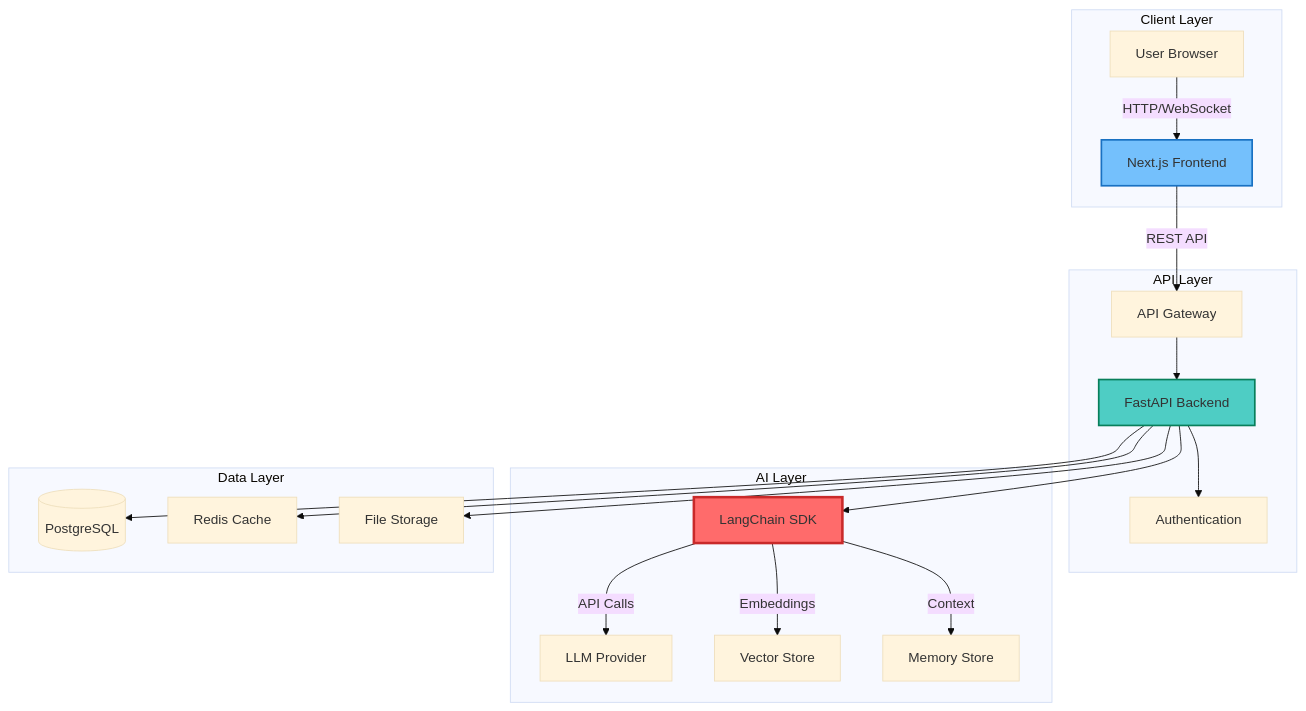
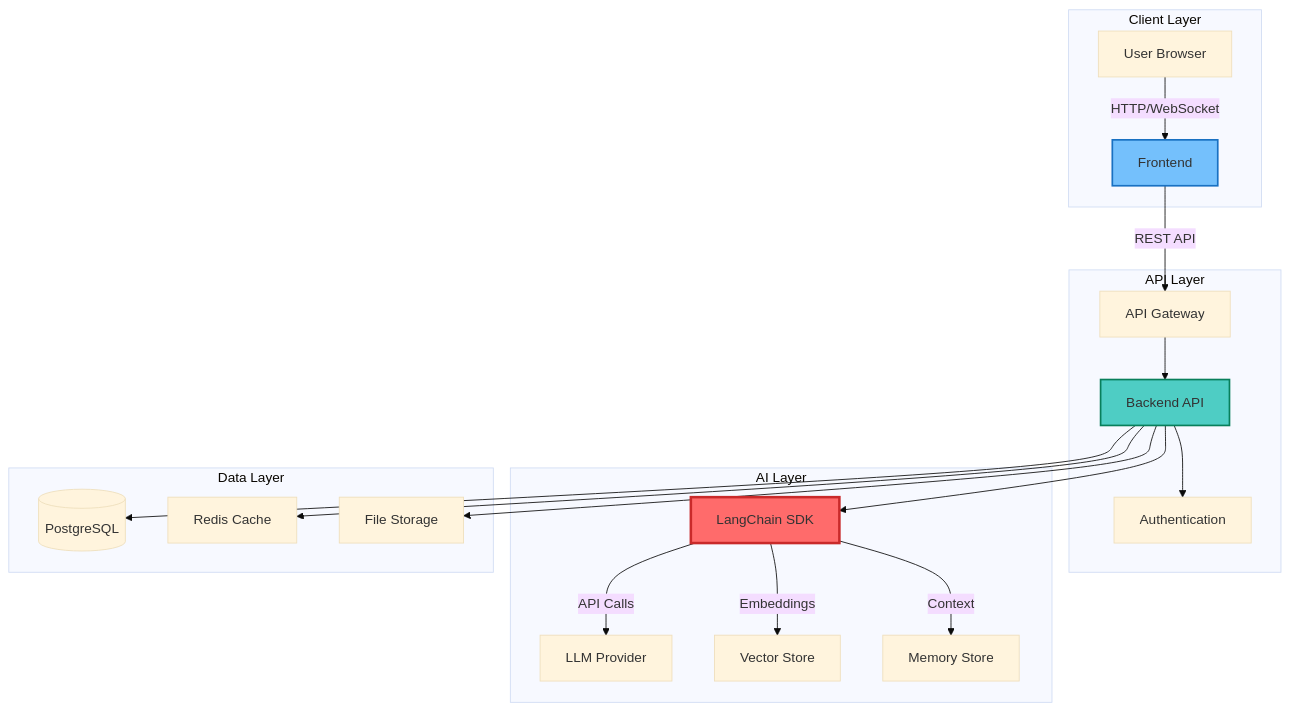
Before and after one commit to mk-knight23/AI-SDK-LANGCHAIN: the diagram in README.md, drawn with Mermaid (base theme). The commit also changed other lines of this file, not shown here.

````diff
--- a/README.md
+++ b/README.md
@@ -332,42 +321,42 @@
 ```mermaid
 graph TB
     subgraph "Client Layer"
         A[User Browser]
-        B[Next.js Frontend]
+        B[Frontend]
     end
 
     subgraph "API Layer"
         C[API Gateway]
-        D[FastAPI Backend]
+        D[Backend API]
         E[Authentication]
     end
 
     subgraph "AI Layer"
         F[LangChain SDK]
         G[LLM Provider]
         H[Vector Store]
         I[Memory Store]
     end
 
     subgraph "Data Layer"
         J[(PostgreSQL)]
         K[Redis Cache]
         L[File Storage]
     end
 
     A -->|HTTP/WebSocket| B
     B -->|REST API| C
     C --> D
     D --> E
     D --> F
     F -->|API Calls| G
     F -->|Embeddings| H
     F -->|Context| I
     D --> J
     D --> K
     D --> L
 
     style F fill:#ff6b6b,stroke:#c92a2a,stroke-width:3px
     style D fill:#4ecdc4,stroke:#087f5b,stroke-width:2px
     style B fill:#74c0fc,stroke:#1971c2,stroke-width:2px
 ```
````
